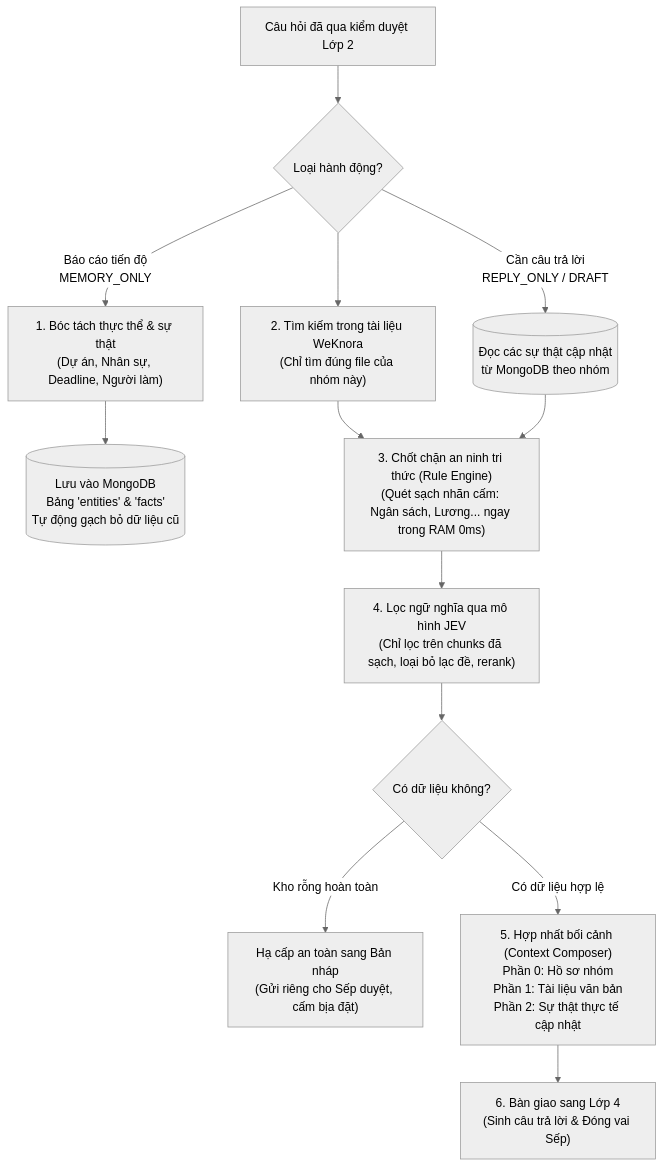
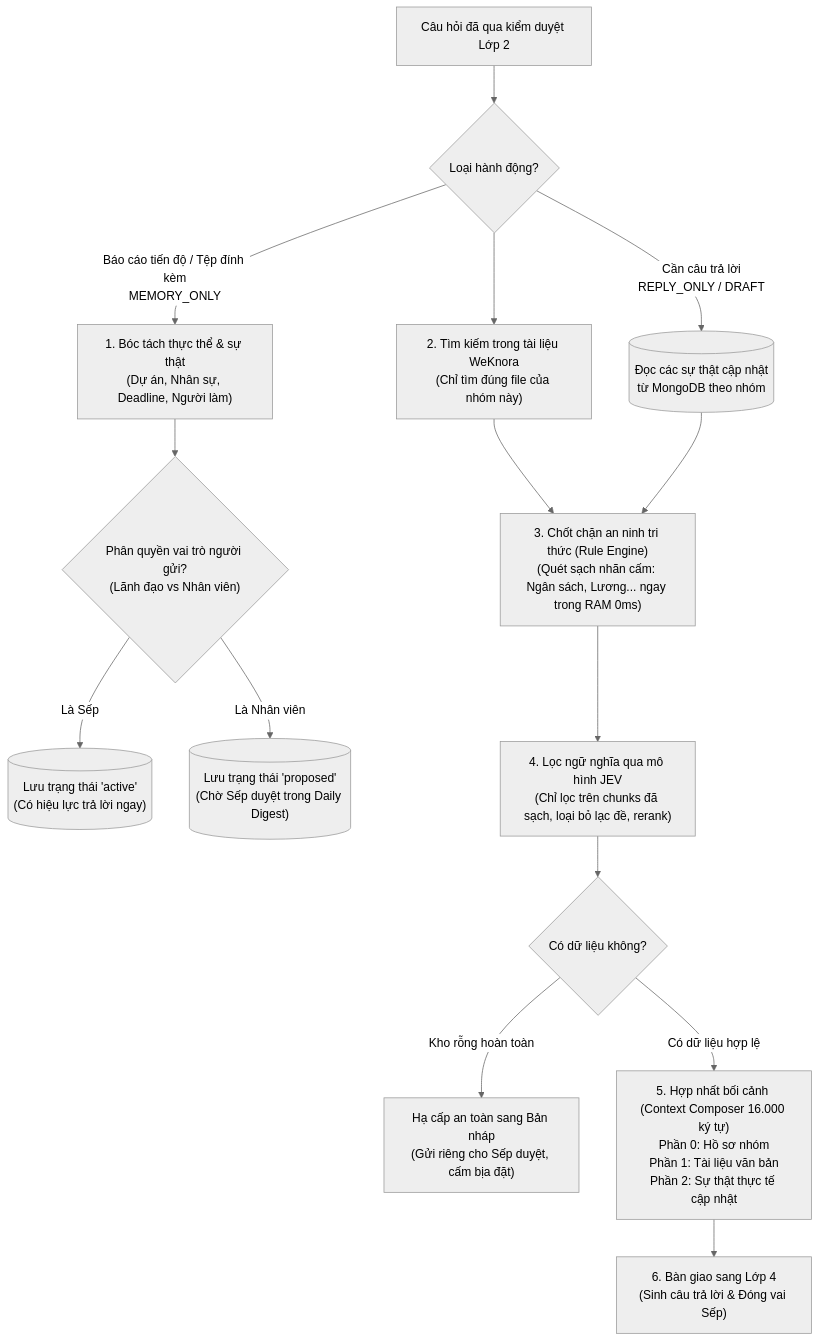
Before and after one commit to tetsde/LarkAssistant: the diagram in server/docs/layer3/layer3.md, drawn with Mermaid (neutral theme). The commit also changed other lines of this file and 10 other files, not shown here.

Commit message:
docs: update system architecture documentation across 4 layers, LarkBase, and Onboarding

````diff
--- a/server/docs/layer3/layer3.md
+++ b/server/docs/layer3/layer3.md
@@ -27,21 +27,23 @@
 ```mermaid
 flowchart TD
     In["Câu hỏi đã qua kiểm duyệt Lớp 2"] --> Fork{"Loại hành động?"}
     
-    Fork -->|Báo cáo tiến độ<br/>MEMORY_ONLY| Extractor["1. Bóc tách thực thể & sự thật<br/>(Dự án, Nhân sự, Deadline, Người làm)"]
-    Extractor --> SaveMongo[("Lưu vào MongoDB<br/>Bảng 'entities' & 'facts'<br/>Tự động gạch bỏ dữ liệu cũ")]
+    Fork -->|Báo cáo tiến độ / Tệp đính kèm<br/>MEMORY_ONLY| Extractor["1. Bóc tách thực thể & sự thật<br/>(Dự án, Nhân sự, Deadline, Người làm)"]
+    Extractor --> Governance{"Phân quyền vai trò người gửi?<br/>(Lãnh đạo vs Nhân viên)"}
+    Governance -->|Là Sếp| ActiveClaim[("Lưu trạng thái 'active'<br/>(Có hiệu lực trả lời ngay)")]
+    Governance -->|Là Nhân viên| ProposedClaim[("Lưu trạng thái 'proposed'<br/>(Chờ Sếp duyệt trong Daily Digest)")]
     
     Fork -->|Cần câu trả lời<br/>REPLY_ONLY / DRAFT| ReadClaims[("Đọc các sự thật cập nhật<br/>từ MongoDB theo nhóm")]
     Fork --> SearchWeKnora["2. Tìm kiếm trong tài liệu WeKnora<br/>(Chỉ tìm đúng file của nhóm này)"]
     
     SearchWeKnora --> RuleEngine["3. Chốt chặn an ninh tri thức (Rule Engine)<br/>(Quét sạch nhãn cấm: Ngân sách, Lương... ngay trong RAM 0ms)"]
     ReadClaims --> RuleEngine
     
     RuleEngine --> FilterJEV["4. Lọc ngữ nghĩa qua mô hình JEV<br/>(Chỉ lọc trên chunks đã sạch, loại bỏ lạc đề, rerank)"]
     
     FilterJEV --> CheckEmpty{"Có dữ liệu không?"}
     CheckEmpty -->|Kho rỗng hoàn toàn| Downgrade["Hạ cấp an toàn sang Bản nháp<br/>(Gửi riêng cho Sếp duyệt, cấm bịa đặt)"]
-    CheckEmpty -->|Có dữ liệu hợp lệ| Composer["5. Hợp nhất bối cảnh (Context Composer)<br/>Phần 0: Hồ sơ nhóm<br/>Phần 1: Tài liệu văn bản<br/>Phần 2: Sự thật thực tế cập nhật"]
+    CheckEmpty -->|Có dữ liệu hợp lệ| Composer["5. Hợp nhất bối cảnh (Context Composer 16.000 ký tự)<br/>Phần 0: Hồ sơ nhóm<br/>Phần 1: Tài liệu văn bản<br/>Phần 2: Sự thật thực tế cập nhật"]
     
     Composer --> Out["6. Bàn giao sang Lớp 4<br/>(Sinh câu trả lời & Đóng vai Sếp)"]
 ```
````
